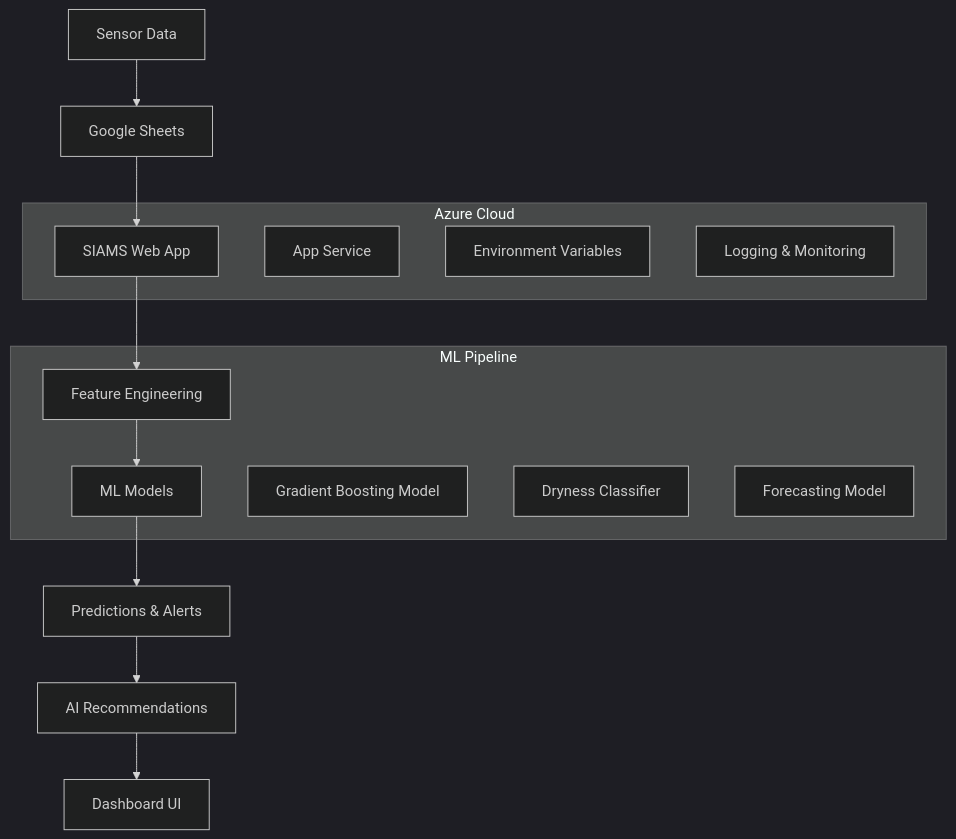
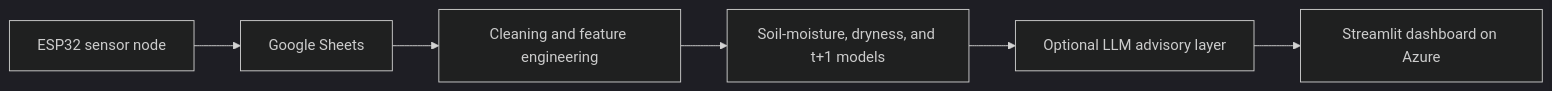
The diagram in README.md (HayJay71/SIAMS_Web), drawn with Mermaid (dark theme) before and after one commit. The commit also changed other lines of this file and 3 other files, not shown here.

````diff
--- a/README.md
+++ b/README.md
@@ -97,25 +57,8 @@
 ```mermaid
-graph TB
-    A[Sensor Data] --> B[Google Sheets]
-    B --> C[SIAMS Web App]
-    C --> D[Feature Engineering]
-    D --> E[ML Models]
-    E --> F[Predictions & Alerts]
-    F --> G[AI Recommendations]
-    G --> H[Dashboard UI]
-    
-    subgraph "Azure Cloud"
-        C
-        I[App Service]
-        J[Environment Variables]
-        K[Logging & Monitoring]
-    end
-    
-    subgraph "ML Pipeline"
-        D
-        E
-        L[Gradient Boosting Model]
-        M[Dryness Classifier]
-        N[Forecasting Model]
-    end
+flowchart LR
+    A[ESP32 sensor node] --> B[Google Sheets]
+    B --> C[Cleaning and feature engineering]
+    C --> D[Soil-moisture, dryness, and t+1 models]
+    D --> E[Optional LLM advisory layer]
+    E --> F[Streamlit dashboard on Azure]
 ```
````
